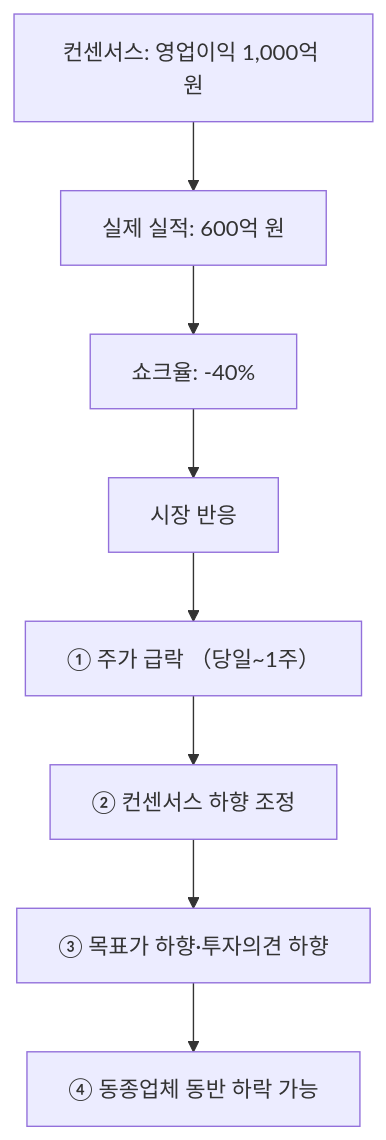
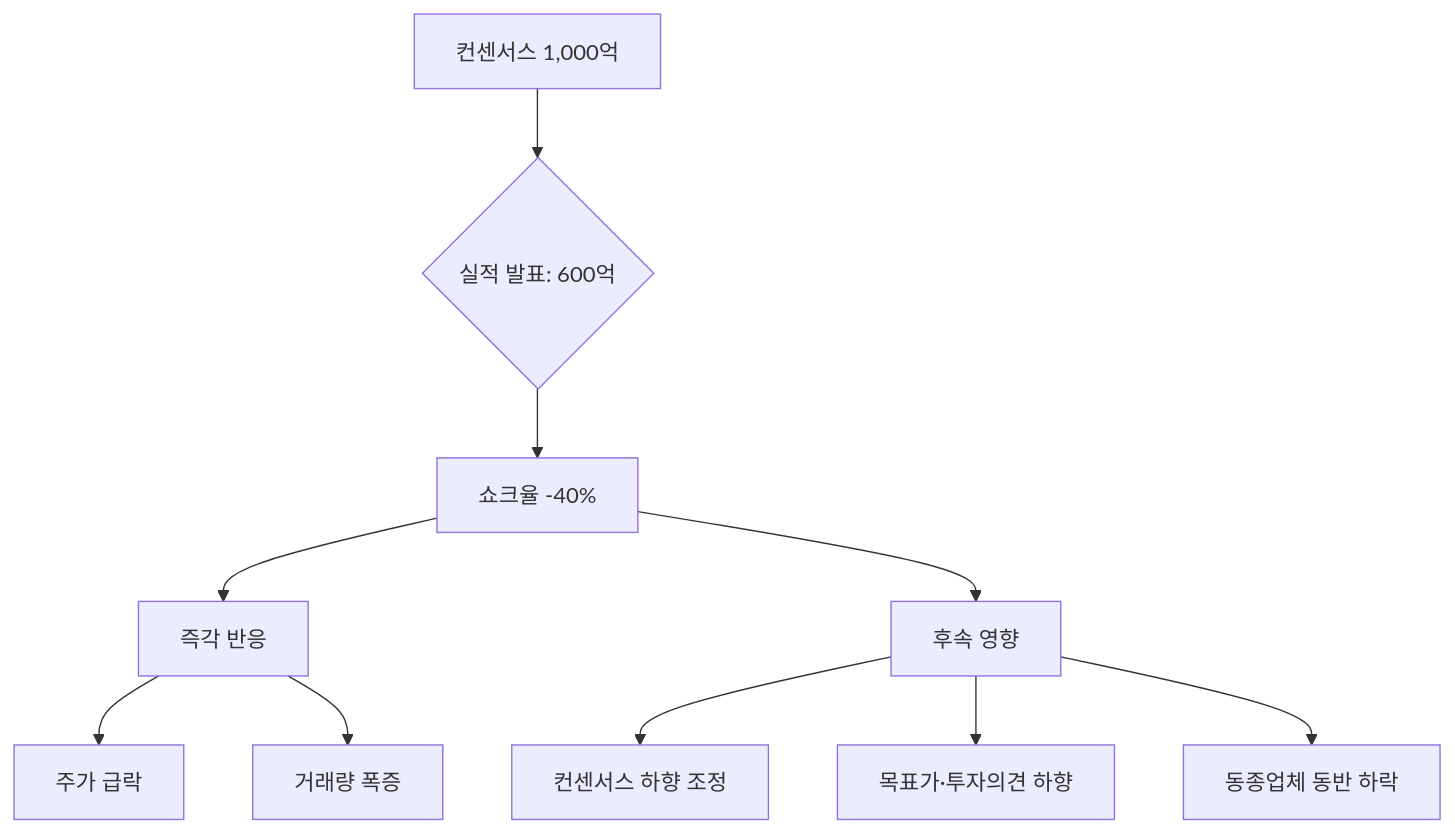
The diagram in content/stock-terms/ko/level-08-industry-macro/earnings-shock.md (yeongseon/stock-visual-note), drawn with Mermaid before and after one commit. The commit also changed other lines of this file and 96 other files, not shown here.

Commit message:
Rewrite all 98 remaining articles: branching Mermaid diagrams, natural search_intent, compelling seo_titles, clean descriptions

````diff
--- a/content/stock-terms/ko/level-08-industry-macro/earnings-shock.md
+++ b/content/stock-terms/ko/level-08-industry-macro/earnings-shock.md
@@ -42,18 +42,12 @@
 ```mermaid
 graph TD
-    A0["컨센서스: 영업이익 1,000억 원"]
-    A1["실제 실적: 600억 원"]
-    A2["쇼크율: -40%"]
-    A3["시장 반응"]
-    A4["① 주가 급락 （당일~1주）"]
-    A5["② 컨센서스 하향 조정"]
-    A6["③ 목표가 하향·투자의견 하향"]
-    A7["④ 동종업체 동반 하락 가능"]
-    A0 --> A1
-    A1 --> A2
-    A2 --> A3
-    A3 --> A4
-    A4 --> A5
-    A5 --> A6
-    A6 --> A7
+    A["컨센서스 1,000억"] --> B{"실적 발표: 600억"}
+    B --> C["쇼크율 -40%"]
+    C --> D["즉각 반응"]
+    C --> E["후속 영향"]
+    D --> D1["주가 급락"]
+    D --> D2["거래량 폭증"]
+    E --> E1["컨센서스 하향 조정"]
+    E --> E2["목표가·투자의견 하향"]
+    E --> E3["동종업체 동반 하락"]
 ```
````
